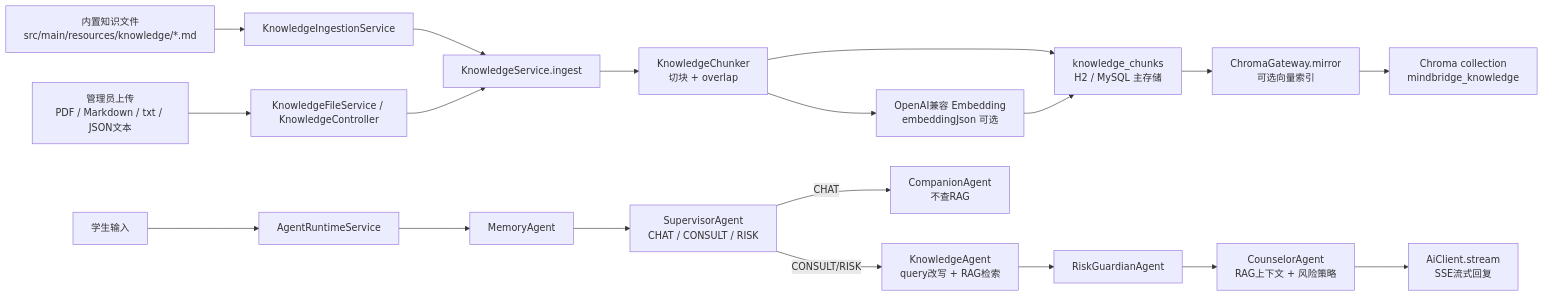
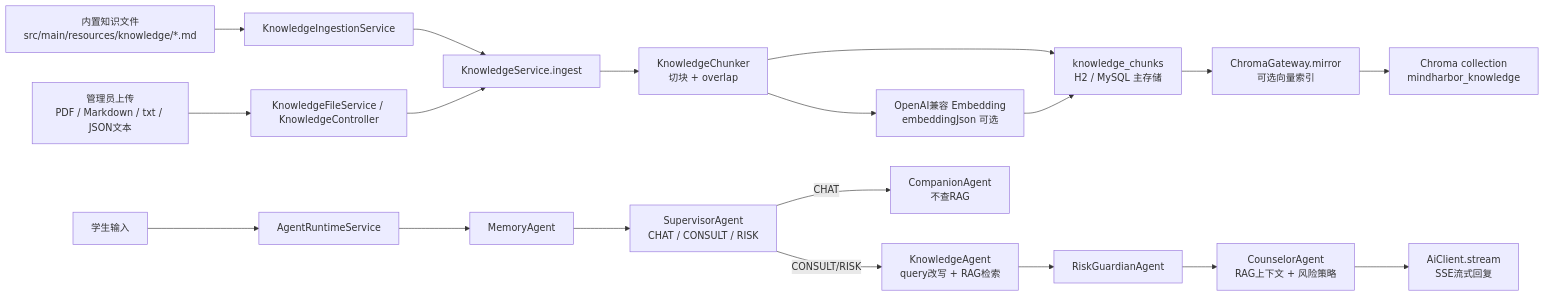
One commit to k1160967796/MindHarbor changed the first of 2 diagrams in docs/rag-technical-guide.md. Above: the diagram before and after it, drawn with Mermaid. The commit also changed other lines of this file and 369 other files, not shown here.

````diff
--- a/docs/rag-technical-guide.md
+++ b/docs/rag-technical-guide.md
@@ -24,22 +24,22 @@
 ```mermaid
 flowchart LR
     A["内置知识文件<br/>src/main/resources/knowledge/*.md"] --> B["KnowledgeIngestionService"]
     C["管理员上传<br/>PDF / Markdown / txt / JSON文本"] --> D["KnowledgeFileService / KnowledgeController"]
     B --> E["KnowledgeService.ingest"]
     D --> E
     E --> F["KnowledgeChunker<br/>切块 + overlap"]
     F --> G["knowledge_chunks<br/>H2 / MySQL 主存储"]
     F --> H["OpenAI兼容 Embedding<br/>embeddingJson 可选"]
     G --> I["ChromaGateway.mirror<br/>可选向量索引"]
     H --> G
-    I --> J["Chroma collection<br/>mindbridge_knowledge"]
+    I --> J["Chroma collection<br/>mindharbor_knowledge"]
 
     K["学生输入"] --> L["AgentRuntimeService"]
     L --> M["MemoryAgent"]
     M --> N["SupervisorAgent<br/>CHAT / CONSULT / RISK"]
     N -->|CHAT| O["CompanionAgent<br/>不查RAG"]
     N -->|CONSULT/RISK| P["KnowledgeAgent<br/>query改写 + RAG检索"]
     P --> Q["RiskGuardianAgent"]
     Q --> R["CounselorAgent<br/>RAG上下文 + 风险策略"]
     R --> S["AiClient.stream<br/>SSE流式回复"]
 ```
````
